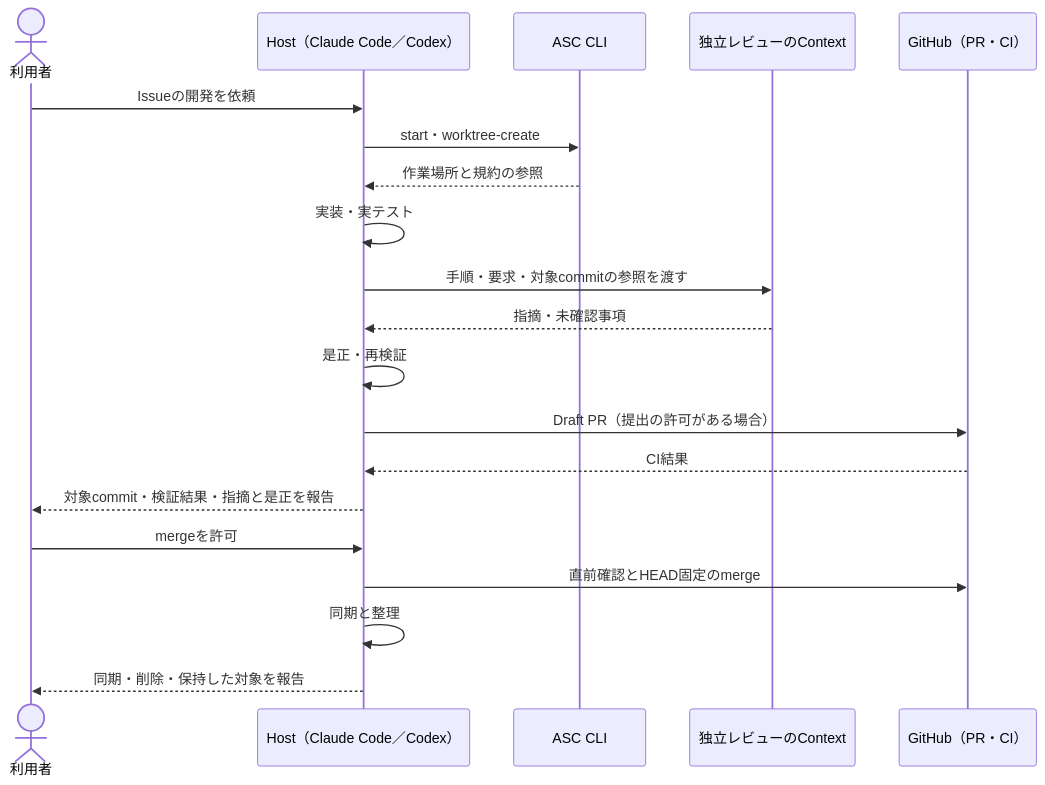
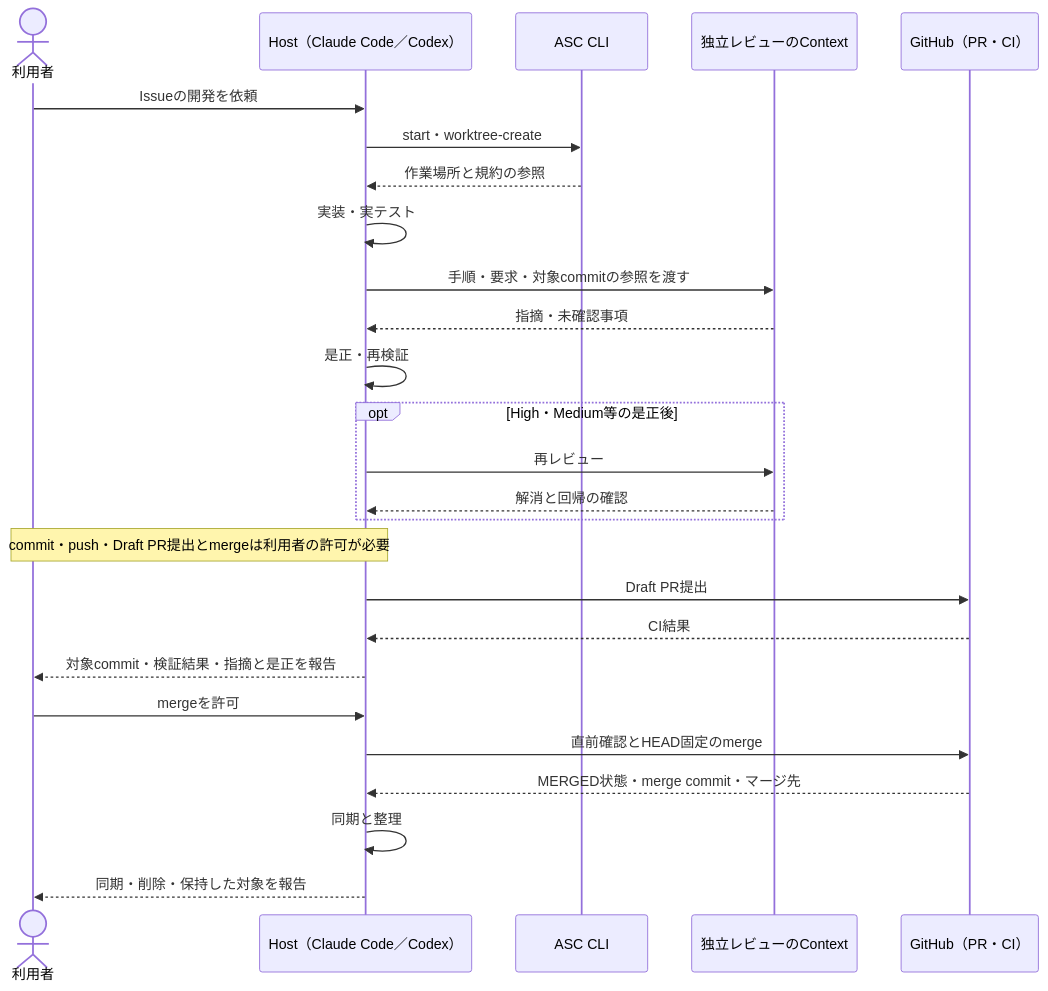
The second of 2 diagrams in README.md (techbeansjp-free/AGENTS.md), drawn with Mermaid before and after one commit. The commit also changed other lines of this file, not shown here.

First line of the commit message:
docs: align README diagrams with review and approval rules (#1674)

````diff
--- a/README.md
+++ b/README.md
@@ -48,22 +50,28 @@
 ```mermaid
 sequenceDiagram
   actor U as 利用者
   participant H as Host（Claude Code／Codex）
   participant C as ASC CLI
   participant R as 独立レビューのContext
   participant G as GitHub（PR・CI）
   U->>H: Issueの開発を依頼
   H->>C: start・worktree-create
   C-->>H: 作業場所と規約の参照
   H->>H: 実装・実テスト
   H->>R: 手順・要求・対象commitの参照を渡す
   R-->>H: 指摘・未確認事項
   H->>H: 是正・再検証
-  H->>G: Draft PR（提出の許可がある場合）
+  opt High・Medium等の是正後
+    H->>R: 再レビュー
+    R-->>H: 解消と回帰の確認
+  end
+  Note over U,H: commit・push・Draft PR提出とmergeは利用者の許可が必要
+  H->>G: Draft PR提出
   G-->>H: CI結果
   H-->>U: 対象commit・検証結果・指摘と是正を報告
   U->>H: mergeを許可
   H->>G: 直前確認とHEAD固定のmerge
+  G-->>H: MERGED状態・merge commit・マージ先
   H->>H: 同期と整理
   H-->>U: 同期・削除・保持した対象を報告
 ```
````
